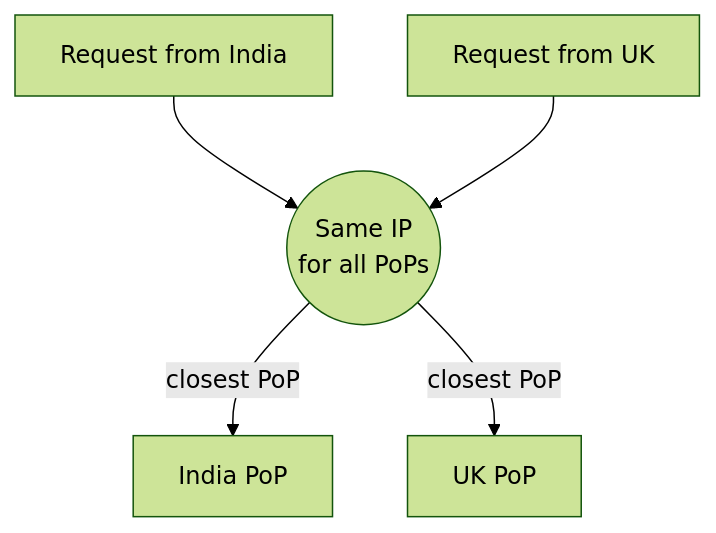
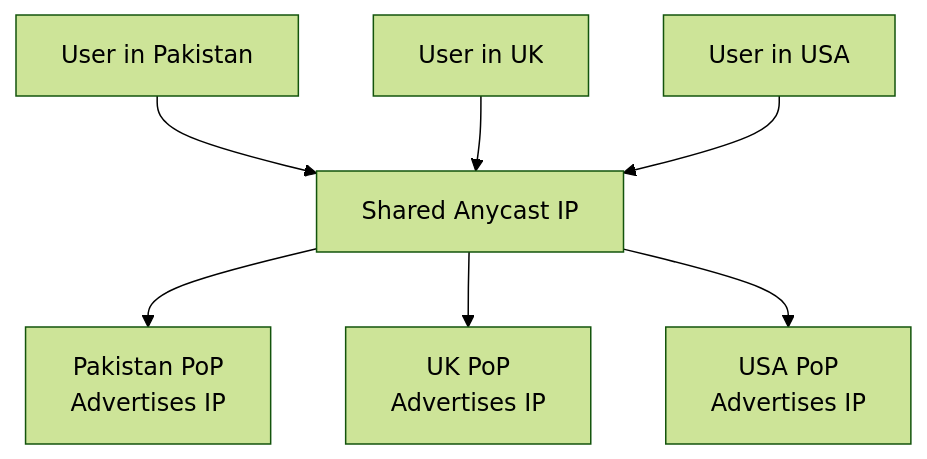
One commit to HARRISAMIN432/system-design-hld changed the tenth of 12 diagrams in 10_CDN/README.md. Above: the diagram before and after it, drawn with Mermaid (forest theme). The commit also changed other lines of this file and 11 other files, not shown here.

````diff
--- a/10_CDN/README.md
+++ b/10_CDN/README.md
@@ -202,8 +640,12 @@
 ```mermaid
 flowchart TB
-    IP(("Same IP<br/>for all PoPs"))
-    UIN["Request from India"] --> IP
-    UUK["Request from UK"] --> IP
-    IP -->|"closest PoP"| P1["India PoP"]
-    IP -->|"closest PoP"| P2["UK PoP"]
+    IP["Shared Anycast IP"]
+
+    IP --> PK["Pakistan PoP<br/>Advertises IP"]
+    IP --> UK["UK PoP<br/>Advertises IP"]
+    IP --> US["USA PoP<br/>Advertises IP"]
+
+    U1["User in Pakistan"] --> IP
+    U2["User in UK"] --> IP
+    U3["User in USA"] --> IP
 ```
````
